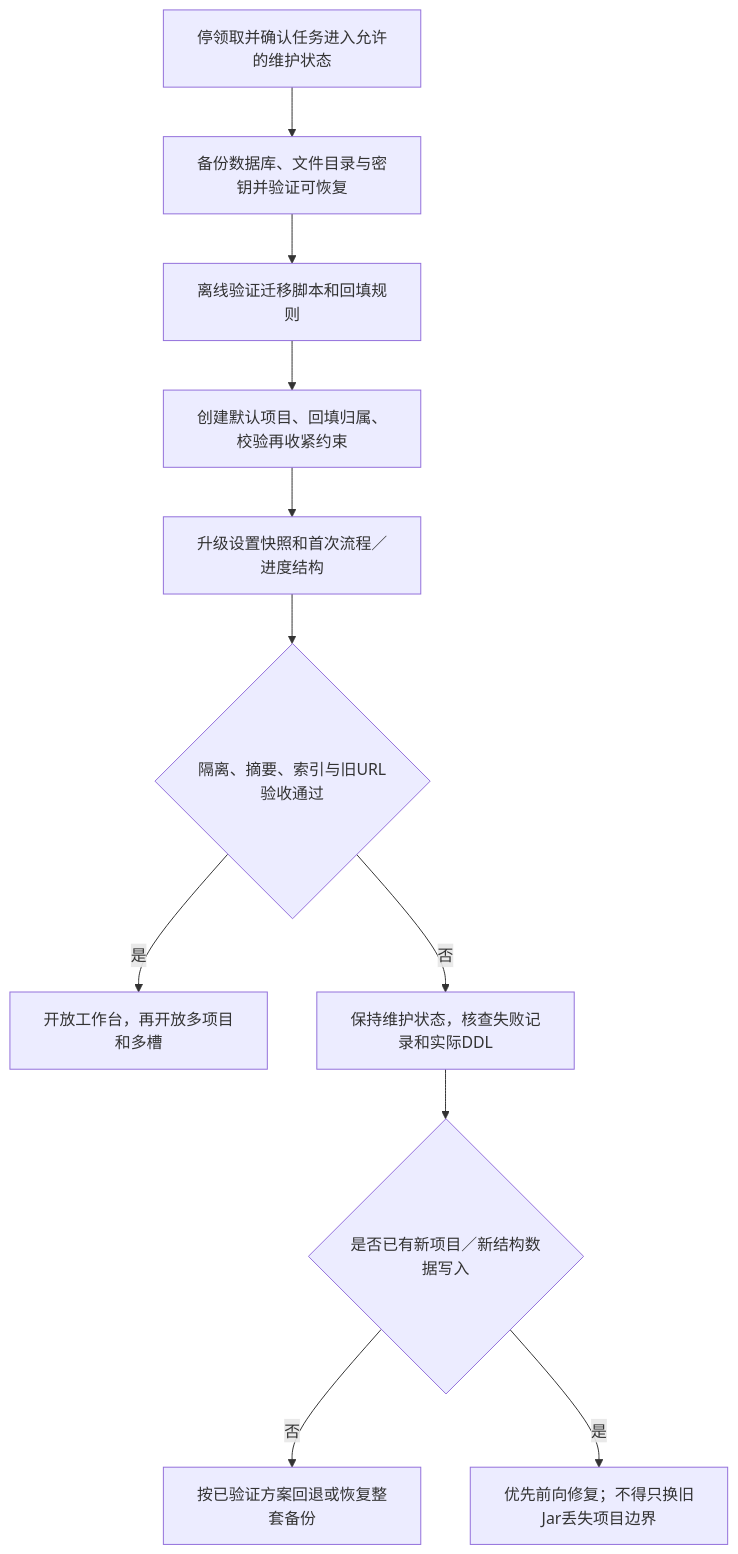
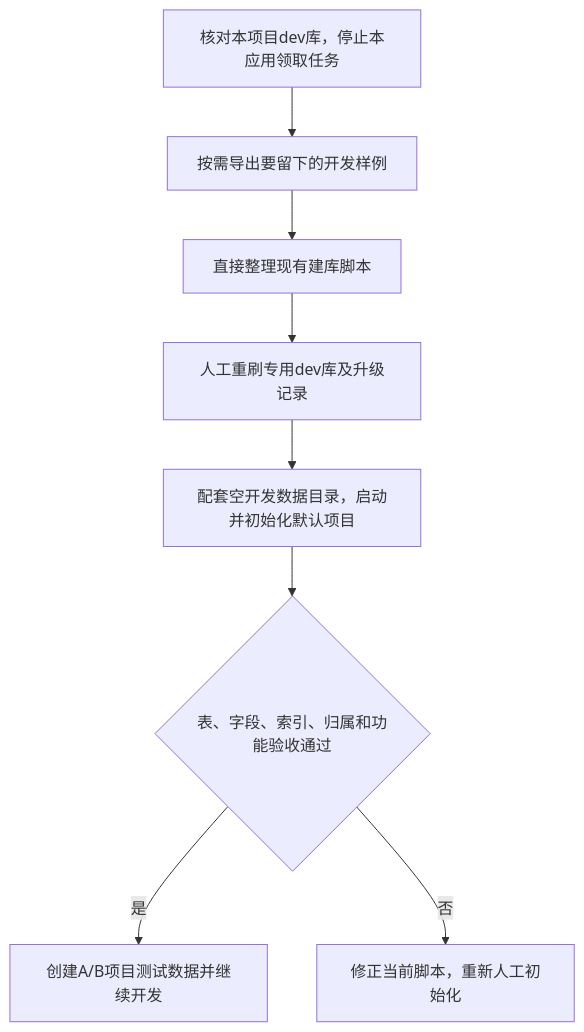
The second of 2 diagrams in 压测平台/代码执行计划/2026-10-20-项目隔离与工作台增强计划.md (Honkey-y/docs), drawn with Mermaid before and after one commit. The commit also changed other lines of this file and 5 other files, not shown here.

````diff
--- a/压测平台/代码执行计划/2026-10-20-项目隔离与工作台增强计划.md
+++ b/压测平台/代码执行计划/2026-10-20-项目隔离与工作台增强计划.md
@@ -136,13 +138,10 @@
 ```mermaid
 flowchart TD
-  P[停领取并确认任务进入允许的维护状态] --> B[备份数据库、文件目录与密钥并验证可恢复]
-  B --> C[离线验证迁移脚本和回填规则]
-  C --> M[创建默认项目、回填归属、校验再收紧约束]
-  M --> S[升级设置快照和首次流程／进度结构]
-  S --> V{隔离、摘要、索引与旧URL验收通过}
-  V -->|是| O[开放工作台，再开放多项目和多槽]
-  V -->|否| H[保持维护状态，核查失败记录和实际DDL]
-  H --> R{是否已有新项目／新结构数据写入}
-  R -->|否| D[按已验证方案回退或恢复整套备份]
-  R -->|是| F[优先前向修复；不得只换旧Jar丢失项目边界]
+  P[核对本项目dev库，停止本应用领取任务] --> B[按需导出要留下的开发样例]
+  B --> C[直接整理现有建库脚本]
+  C --> M[人工重刷专用dev库及升级记录]
+  M --> S[配套空开发数据目录，启动并初始化默认项目]
+  S --> V{表、字段、索引、归属和功能验收通过}
+  V -->|是| O[创建A/B项目测试数据并继续开发]
+  V -->|否| H[修正当前脚本，重新人工初始化]
 ```
````
